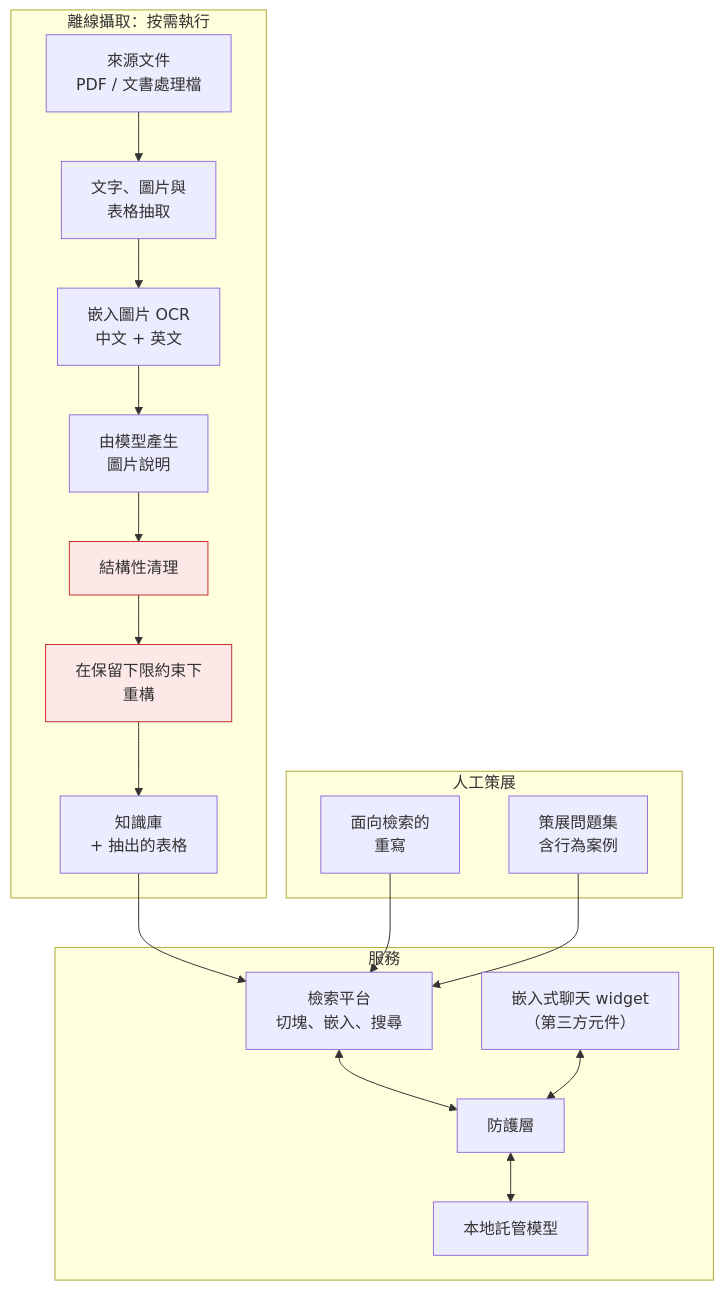
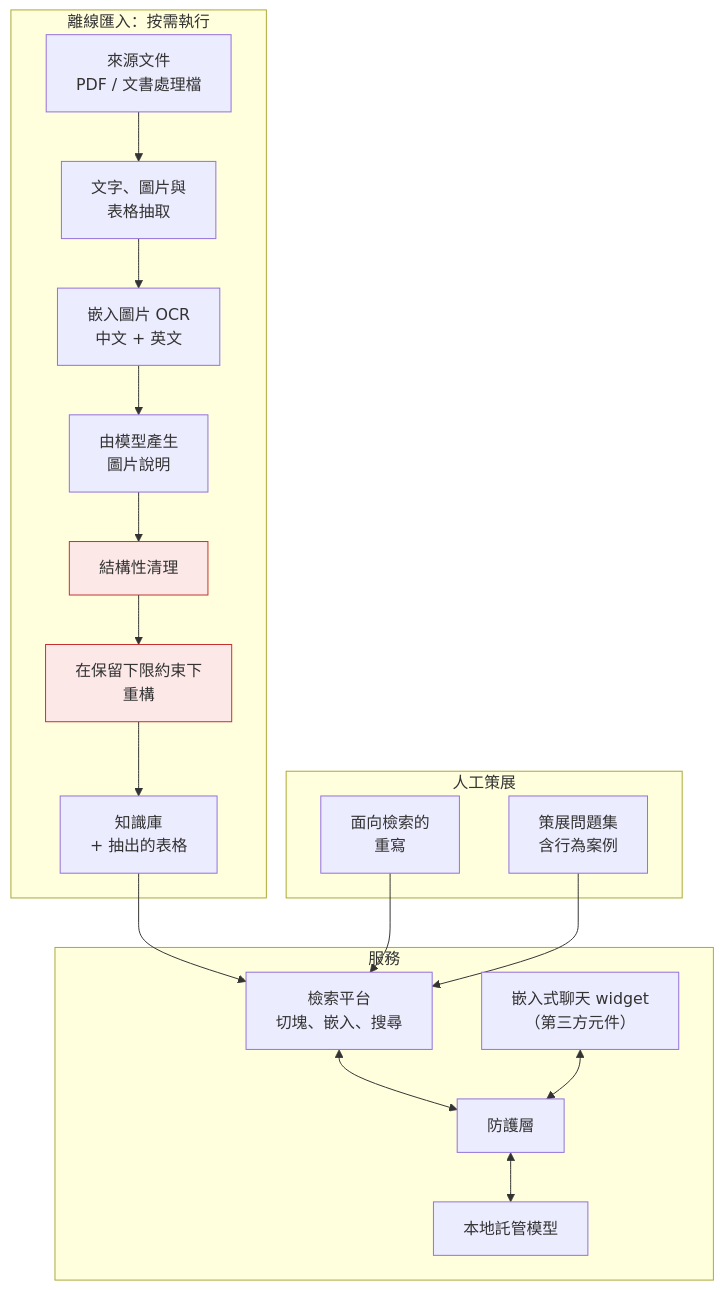
Before and after one commit to hawiliu/engineering-portfolio: the diagram in employer/04-rag-support-assistant.zh-TW.md, drawn with Mermaid. The commit also changed other lines of this file and 13 other files, not shown here.

````diff
--- a/employer/04-rag-support-assistant.zh-TW.md
+++ b/employer/04-rag-support-assistant.zh-TW.md
@@ -34,34 +34,34 @@
 ```mermaid
 flowchart TB
-    subgraph Ingest["離線攝取：按需執行"]
+    subgraph Ingest["離線匯入：按需執行"]
         SRC["來源文件<br/>PDF / 文書處理檔"]
         EXT["文字、圖片與<br/>表格抽取"]
         OCR["嵌入圖片 OCR<br/>中文 + 英文"]
         CAP["由模型產生<br/>圖片說明"]
         CLEAN["結構性清理"]
         REST["在保留下限約束下<br/>重構"]
         KB["知識庫<br/>+ 抽出的表格"]
     end
 
     subgraph Curate["人工策展"]
         REWRITE["面向檢索的<br/>重寫"]
         QA["策展問題集<br/>含行為案例"]
     end
 
     subgraph Serve["服務"]
         RAG["檢索平台<br/>切塊、嵌入、搜尋"]
         PROXY["防護層"]
         LLM["本地託管模型"]
         WIDGET["嵌入式聊天 widget<br/>（第三方元件）"]
     end
 
     SRC --> EXT --> OCR --> CAP --> CLEAN --> REST --> KB
     KB --> RAG
     REWRITE --> RAG
     QA --> RAG
     RAG <--> PROXY <--> LLM
     WIDGET <--> PROXY
 
     style CLEAN fill:#fde8e8,stroke:#c53030
     style REST fill:#fde8e8,stroke:#c53030
 ```
````
